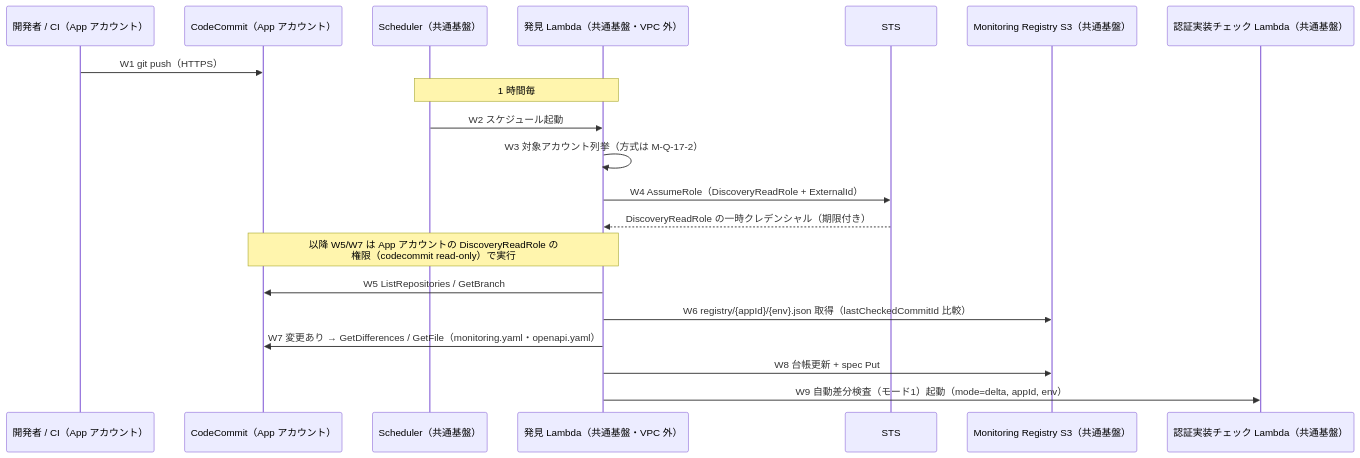
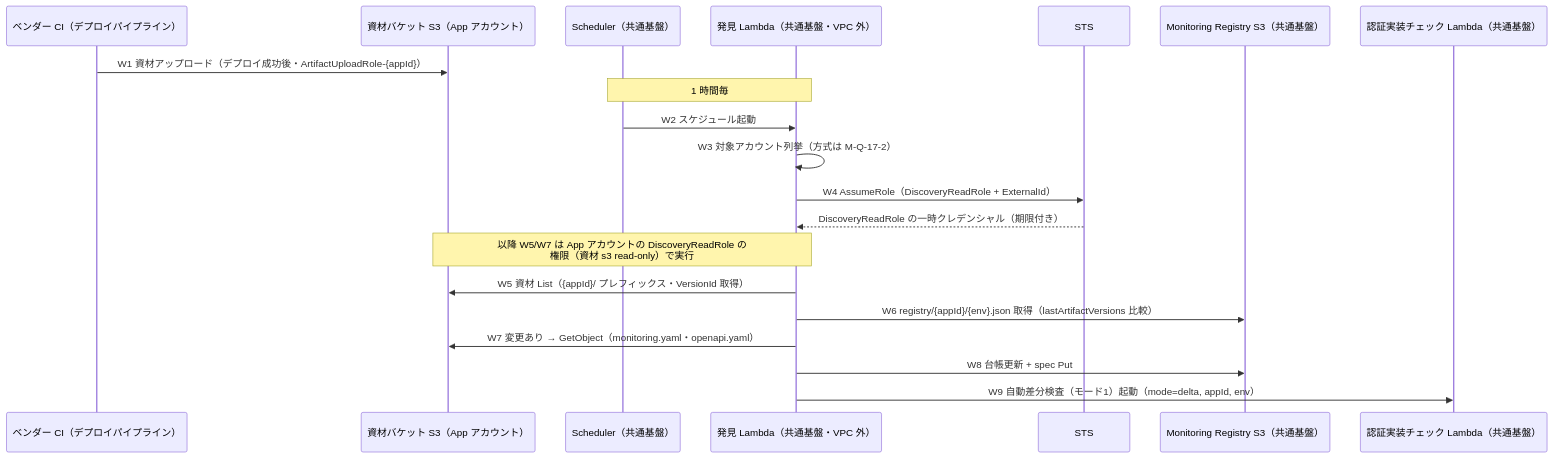
One commit to suepie/aws-atuh-poc changed the fifth of 7 diagrams in doc/api-platform/basic-design/10-external-monitoring-overview.md. Above: the diagram before and after it, drawn with Mermaid. The commit also changed other lines of this file and 16 other files, not shown here.

````diff
--- a/doc/api-platform/basic-design/10-external-monitoring-overview.md
+++ b/doc/api-platform/basic-design/10-external-monitoring-overview.md
@@ -320,23 +322,23 @@
 ```mermaid
 sequenceDiagram
-    participant DEV as 開発者 / CI（App アカウント）
-    participant REPO as CodeCommit（App アカウント）
+    participant DEV as ベンダー CI（デプロイパイプライン）
+    participant ART as 資材バケット S3（App アカウント）
     participant SCH as Scheduler（共通基盤）
     participant DISC as 発見 Lambda（共通基盤・VPC 外）
     participant STS as STS
     participant S3 as Monitoring Registry S3（共通基盤）
     participant PROBE as 認証実装チェック Lambda（共通基盤）
 
-    DEV->>REPO: W1 git push（HTTPS）
+    DEV->>ART: W1 資材アップロード（デプロイ成功後・ArtifactUploadRole-{appId}）
     Note over SCH,DISC: 1 時間毎
     SCH->>DISC: W2 スケジュール起動
     DISC->>DISC: W3 対象アカウント列挙（方式は M-Q-17-2）
     DISC->>STS: W4 AssumeRole（DiscoveryReadRole + ExternalId）
     STS-->>DISC: DiscoveryReadRole の一時クレデンシャル（期限付き）
-    Note over DISC,REPO: 以降 W5/W7 は App アカウントの DiscoveryReadRole の<br/>権限（codecommit read-only）で実行
-    DISC->>REPO: W5 ListRepositories / GetBranch
-    DISC->>S3: W6 registry/{appId}/{env}.json 取得（lastCheckedCommitId 比較）
-    DISC->>REPO: W7 変更あり → GetDifferences / GetFile（monitoring.yaml・openapi.yaml）
+    Note over DISC,ART: 以降 W5/W7 は App アカウントの DiscoveryReadRole の<br/>権限（資材 s3 read-only）で実行
+    DISC->>ART: W5 資材 List（{appId}/ プレフィックス・VersionId 取得）
+    DISC->>S3: W6 registry/{appId}/{env}.json 取得（lastArtifactVersions 比較）
+    DISC->>ART: W7 変更あり → GetObject（monitoring.yaml・openapi.yaml）
     DISC->>S3: W8 台帳更新 + spec Put
     DISC->>PROBE: W9 自動差分検査（モード1）起動（mode=delta, appId, env）
 ```
````
